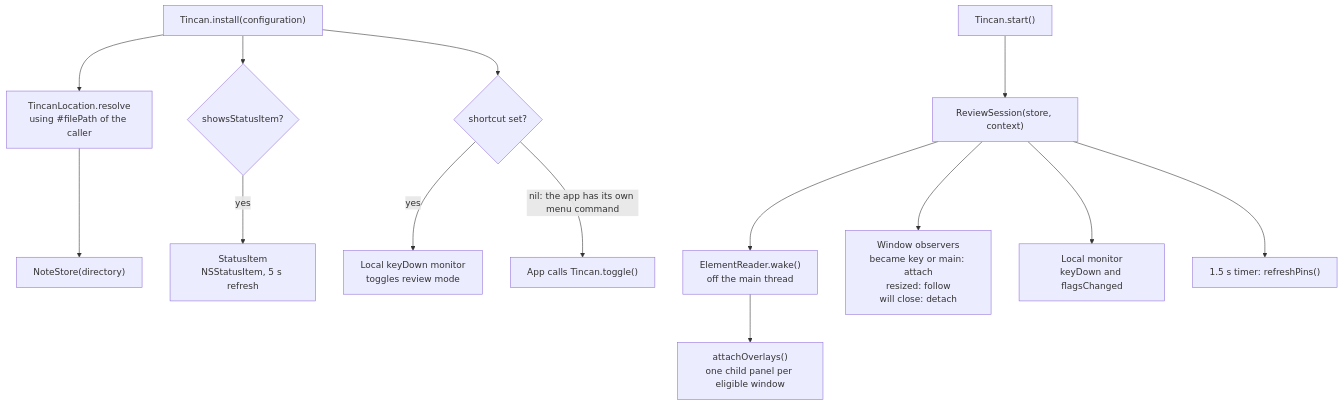
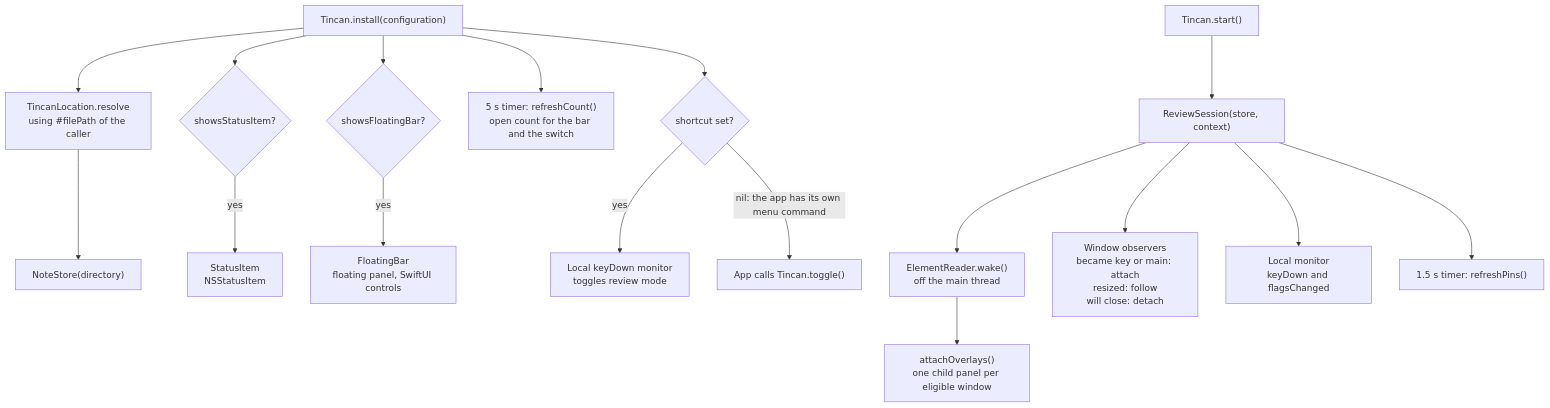
One commit to ordinarynerds/tincan changed the fourth of 19 diagrams in docs/ARCHITECTURE.md. Above: the diagram before and after it, drawn with Mermaid. The commit also changed other lines of this file and 9 other files, not shown here.

First line of the commit message:
Add a floating bar, so review mode works without the keyboard

````diff
--- a/docs/ARCHITECTURE.md
+++ b/docs/ARCHITECTURE.md
@@ -112,17 +113,20 @@
 ```mermaid
 flowchart TD
     install["Tincan.install(configuration)"] --> resolve["TincanLocation.resolve<br/>using #filePath of the caller"]
     resolve --> store["NoteStore(directory)"]
     install --> status{"showsStatusItem?"}
-    status -- yes --> item["StatusItem<br/>NSStatusItem, 5 s refresh"]
+    status -- yes --> item["StatusItem<br/>NSStatusItem"]
+    install --> barq{"showsFloatingBar?"}
+    barq -- yes --> bar["FloatingBar<br/>floating panel, SwiftUI controls"]
+    install --> counter["5 s timer: refreshCount()<br/>open count for the bar and the switch"]
     install --> shortcut{"shortcut set?"}
     shortcut -- yes --> keymon["Local keyDown monitor<br/>toggles review mode"]
     shortcut -- "nil: the app has its own menu command" --> none["App calls Tincan.toggle()"]
 
     start["Tincan.start()"] --> session["ReviewSession(store, context)"]
     session --> wake["ElementReader.wake()<br/>off the main thread"]
     wake --> attach["attachOverlays()<br/>one child panel per eligible window"]
     session --> observe["Window observers<br/>became key or main: attach<br/>resized: follow<br/>will close: detach"]
     session --> monitor["Local monitor<br/>keyDown and flagsChanged"]
     session --> timer["1.5 s timer: refreshPins()"]
 ```
````
